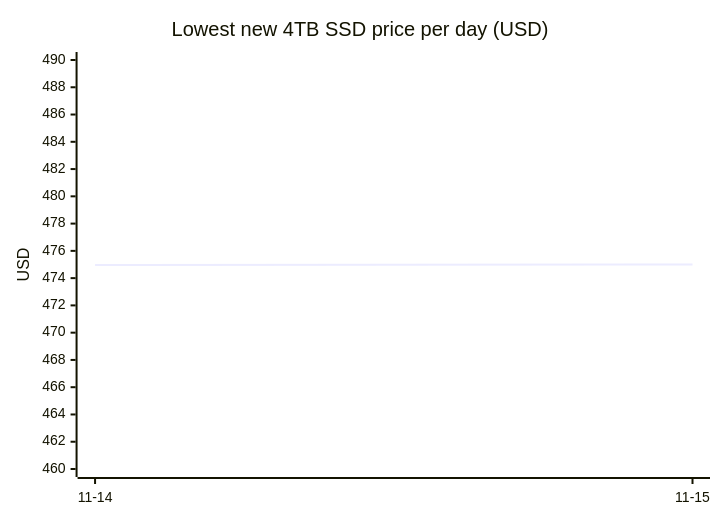
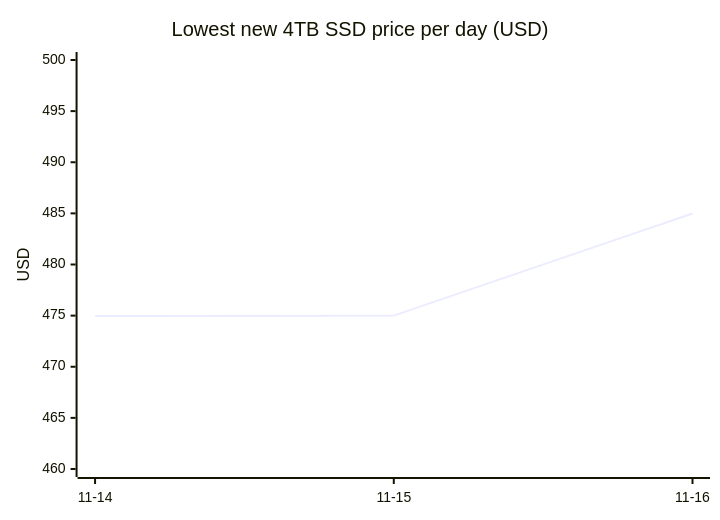
One commit to 7324136828/4tb_ssd_price_watch changed the first of 16 diagrams in README.md. Above: the diagram before and after it, drawn with Mermaid. The commit also changed other lines of this file, not shown here.

````diff
--- a/README.md
+++ b/README.md
@@ -79,7 +79,7 @@
 ```mermaid
 xychart-beta
     title "Lowest new 4TB SSD price per day (USD)"
-    x-axis ["11-14", "11-15"]
-    y-axis "USD" 460 --> 490
-    line [474.97, 475.00]
+    x-axis ["11-14", "11-15", "11-16"]
+    y-axis "USD" 460 --> 500
+    line [474.97, 475.00, 484.99]
 ```
````
